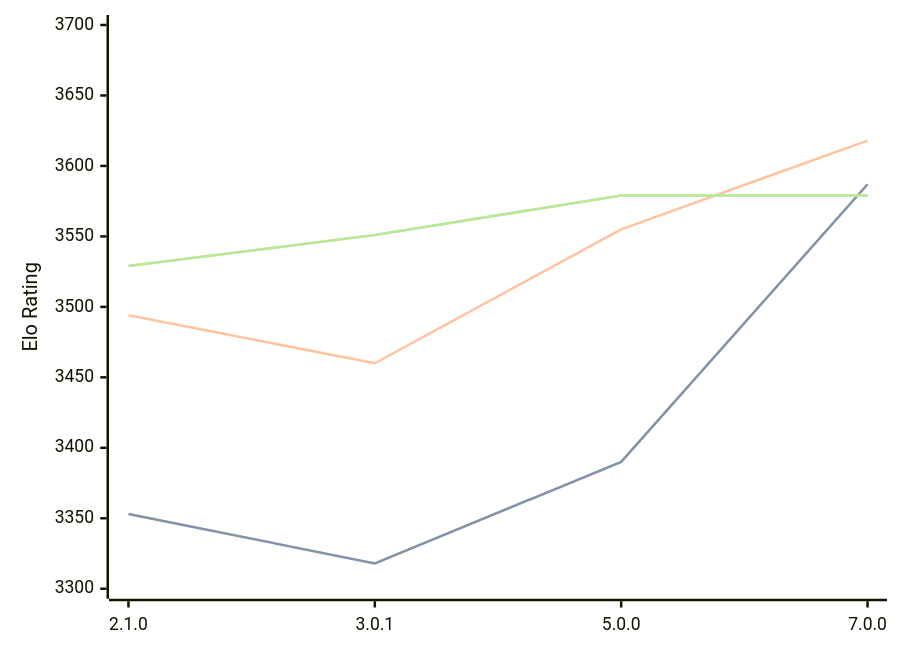
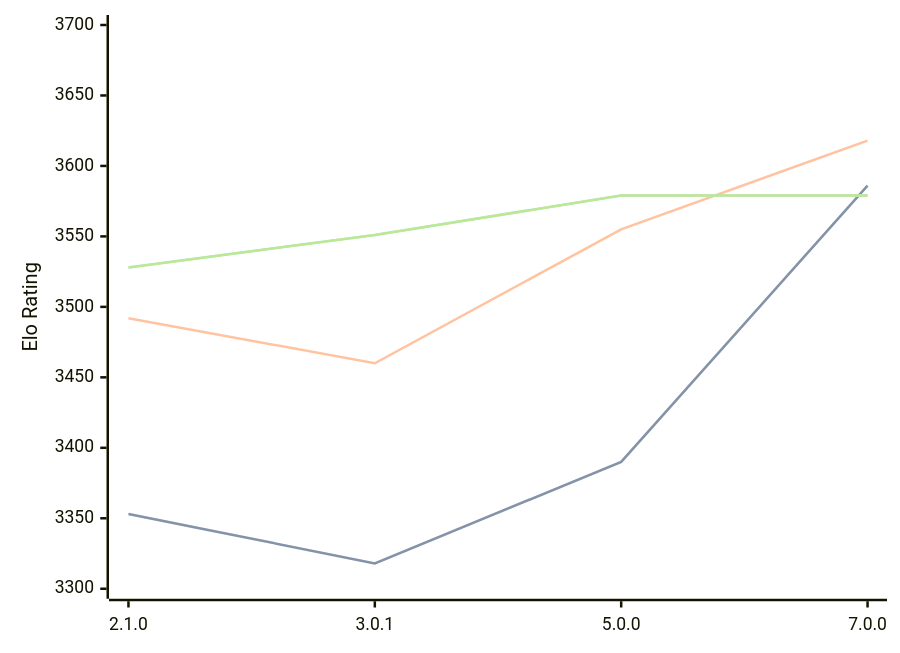
Before and after one commit to computer-chess-index/cci: the diagram in engines/PlentyChess.md, drawn with Mermaid. The commit also changed other lines of this file, not shown here.

Commit message:
Update CCI Ratings (ELO VLTC) - 2026-03-19

````diff
--- a/engines/PlentyChess.md
+++ b/engines/PlentyChess.md
@@ -43,11 +45,11 @@
 ```mermaid
 %%{init: {"theme":"base","themeVariables":{"seriesColors:['#a3a3a3','#222221','#faa371']}}}%%
 xychart-beta
   x-axis ["2.1.0", "3.0.1", "5.0.0", "7.0.0"]
   y-axis "Elo Rating" 3300 --> 3700
-  line "STC (8.0+0.08s)" [3353, 3318, 3390, 3587]
-  line "STC (8.0+0.08s)" [3353, 3318, 3390, 3587]
-  line "LTC (60.0+0.60s)" [3494, 3460, 3555, 3618]
-  line "VLTC (2m24s+1.12s)" [3529, 3551, 3579, 3579]
-  line "VLTC (2m24s+1.12s)" [3529, 3551, 3579, 3579]
+  line "STC (8.0+0.08s)" [3353, 3318, 3390, 3586]
+  line "STC (8.0+0.08s)" [3353, 3318, 3390, 3586]
+  line "LTC (60.0+0.60s)" [3492, 3460, 3555, 3618]
+  line "VLTC (2m24s+1.12s)" [3528, 3551, 3579, 3579]
+  line "VLTC (2m24s+1.12s)" [3528, 3551, 3579, 3579]
 ```
````
